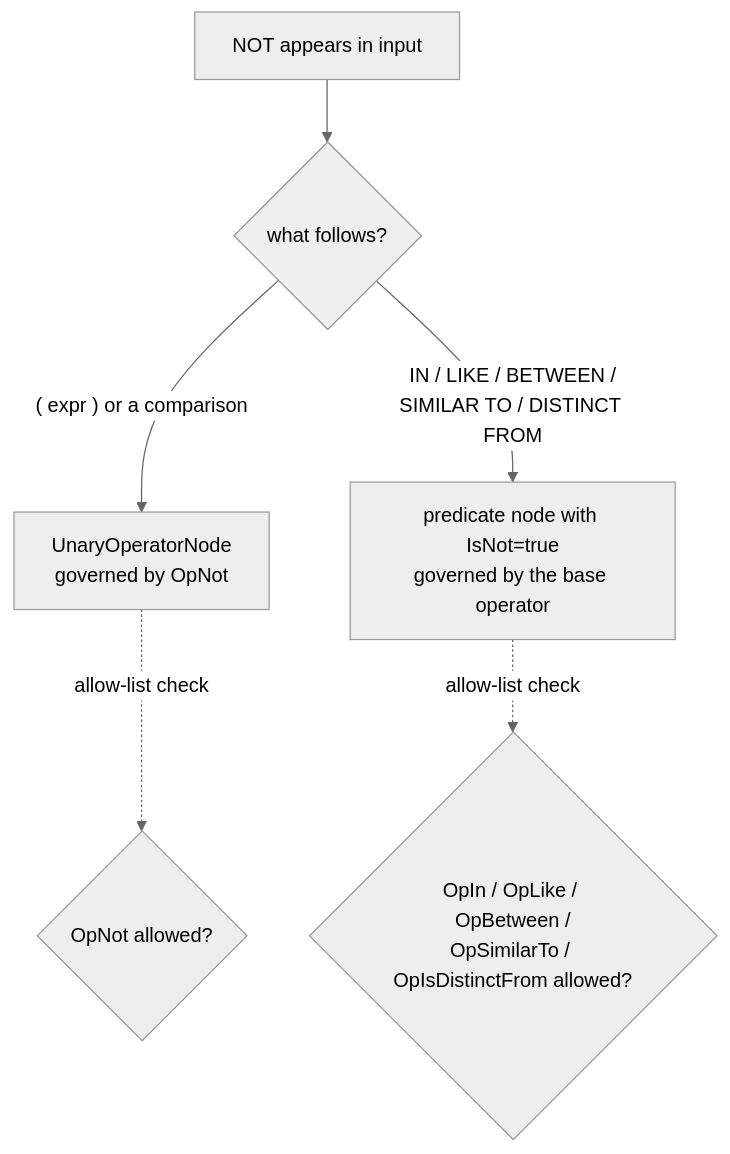
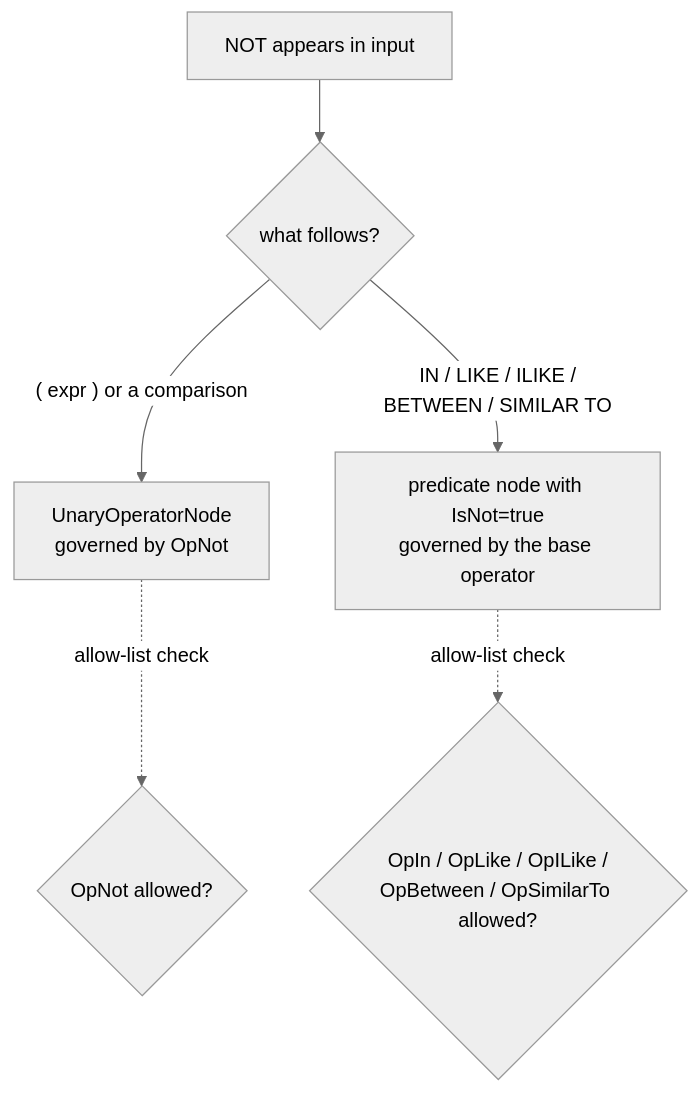
One commit to slashdevops/qfv changed the fourth of 4 diagrams in docs/configuration.md. Above: the diagram before and after it, drawn with Mermaid (neutral theme). The commit also changed other lines of this file and 11 other files, not shown here.

````diff
--- a/docs/configuration.md
+++ b/docs/configuration.md
@@ -107,9 +109,9 @@
 ```mermaid
 flowchart TD
     N["NOT appears in input"] --> K{"what follows?"}
     K -->|"( expr ) or a comparison"| U["UnaryOperatorNode<br/>governed by OpNot"]
-    K -->|"IN / LIKE / BETWEEN /<br/>SIMILAR TO / DISTINCT FROM"| P["predicate node with IsNot=true<br/>governed by the base operator"]
+    K -->|"IN / LIKE / ILIKE /<br/>BETWEEN / SIMILAR TO"| P["predicate node with IsNot=true<br/>governed by the base operator"]
 
     U -. "allow-list check" .-> gnot{"OpNot allowed?"}
-    P -. "allow-list check" .-> gbase{"OpIn / OpLike / OpBetween /<br/>OpSimilarTo / OpIsDistinctFrom allowed?"}
+    P -. "allow-list check" .-> gbase{"OpIn / OpLike / OpILike /<br/>OpBetween / OpSimilarTo allowed?"}
 ```
````
